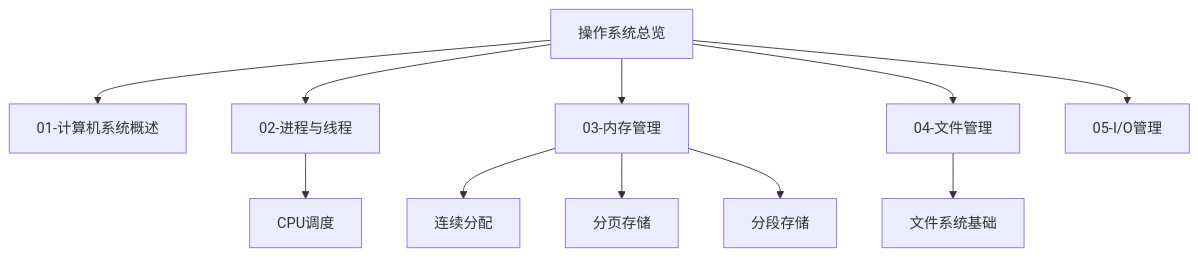
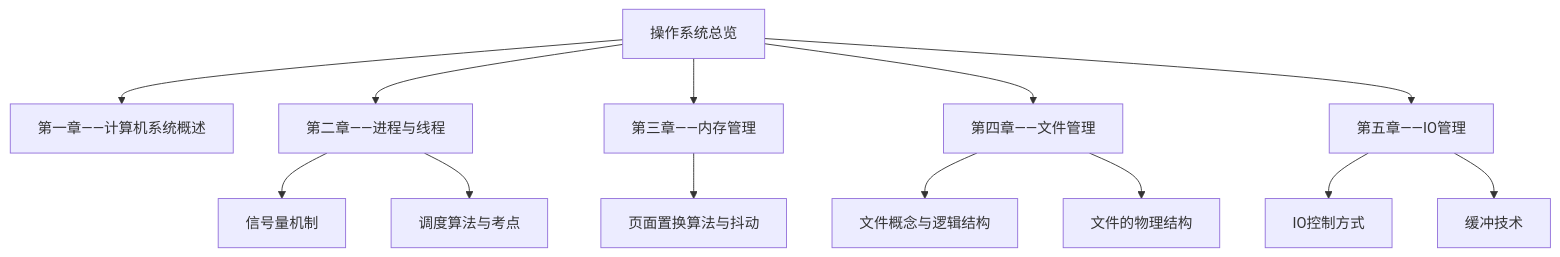
Before and after one commit to CQstory/study-notes: the first of 8 diagrams in .qoder/repowiki/zh/content/408专业课学习指南/操作系统学习指南.md, drawn with Mermaid. The commit also changed other lines of this file and 52 other files, not shown here.

````diff
--- a/.qoder/repowiki/zh/content/408专业课学习指南/操作系统学习指南.md
+++ b/.qoder/repowiki/zh/content/408专业课学习指南/操作系统学习指南.md
@@ -35,13 +43,15 @@
 ```mermaid
 graph TB
-A["操作系统总览"] --> B["01-计算机系统概述"]
-A --> C["02-进程与线程"]
-A --> D["03-内存管理"]
-A --> E["04-文件管理"]
-A --> F["05-I/O管理"]
-C --> C1["CPU调度"]
-D --> D1["连续分配"]
-D --> D2["分页存储"]
-D --> D3["分段存储"]
-E --> E1["文件系统基础"]
+A["操作系统总览"] --> B["第一章——计算机系统概述"]
+A --> C["第二章——进程与线程"]
+A --> D["第三章——内存管理"]
+A --> E["第四章——文件管理"]
+A --> F["第五章——IO管理"]
+C --> C1["信号量机制"]
+C --> C2["调度算法与考点"]
+D --> D1["页面置换算法与抖动"]
+E --> E1["文件概念与逻辑结构"]
+E --> E2["文件的物理结构"]
+F --> F1["IO控制方式"]
+F --> F2["缓冲技术"]
 ```
````
